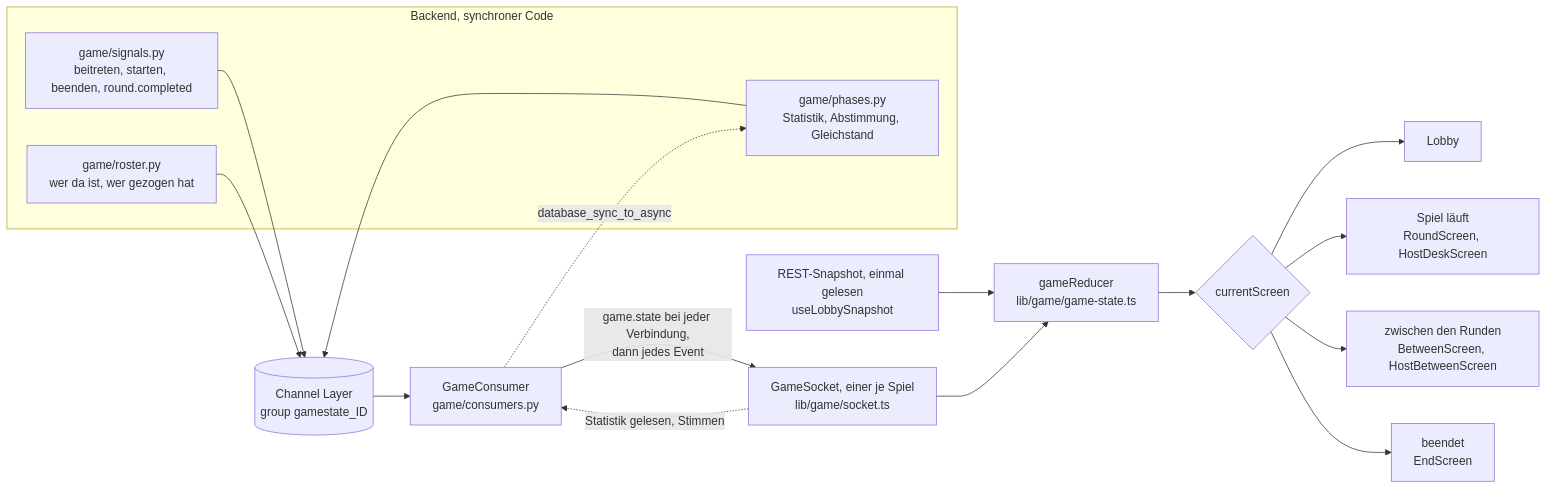
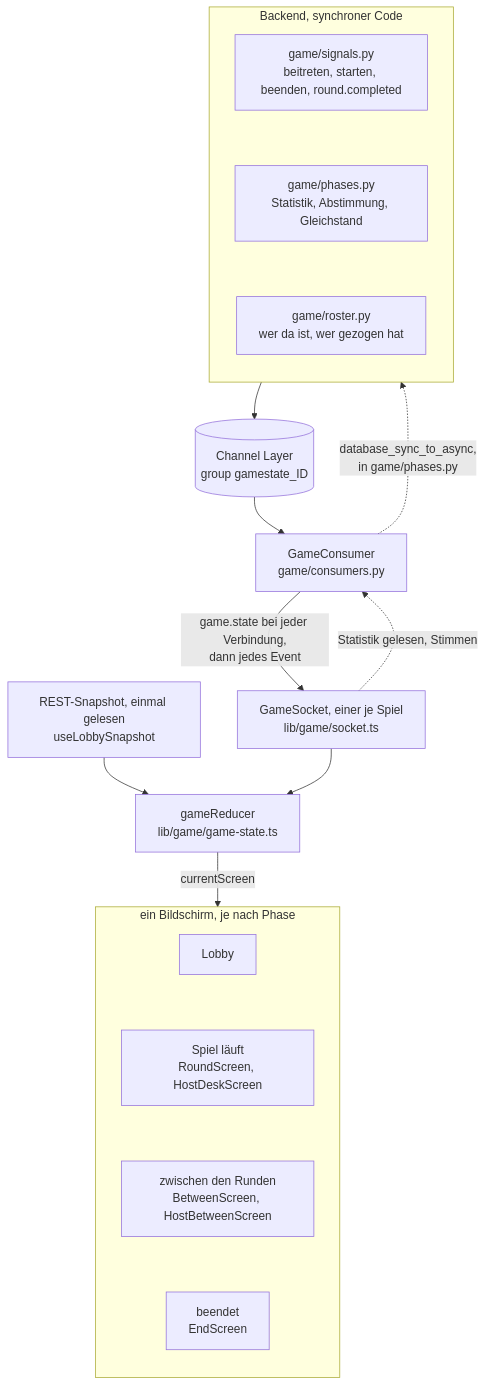
One commit to luke-hirsch/co2mmute changed diagram 11 of 12 in docs/de-flowcharts.md. Above: the diagram before and after it, drawn with Mermaid. The commit also changed other lines of this file and 16 other files, not shown here.

````diff
--- a/docs/de-flowcharts.md
+++ b/docs/de-flowcharts.md
@@ -406,22 +397,26 @@
 ```mermaid
-flowchart LR
+flowchart TD
     subgraph server["Backend, synchroner Code"]
+        direction TB
         sig["game/signals.py<br>beitreten, starten, beenden, round.completed"]
         ph["game/phases.py<br>Statistik, Abstimmung, Gleichstand"]
         ro["game/roster.py<br>wer da ist, wer gezogen hat"]
+        sig ~~~ ph ~~~ ro
     end
-    sig --> layer
-    ph --> layer
-    ro --> layer
+    server --> layer
     layer[("Channel Layer<br>group gamestate_ID")] --> cons["GameConsumer<br>game/consumers.py"]
     cons -->|"game.state bei jeder Verbindung,<br>dann jedes Event"| sock["GameSocket, einer je Spiel<br>lib/game/socket.ts"]
     snapshot["REST-Snapshot, einmal gelesen<br>useLobbySnapshot"] --> reducer
     sock --> reducer["gameReducer<br>lib/game/game-state.ts"]
-    reducer --> screen{"currentScreen"}
-    screen --> lobby["Lobby"]
-    screen --> playing["Spiel läuft<br>RoundScreen, HostDeskScreen"]
-    screen --> between["zwischen den Runden<br>BetweenScreen, HostBetweenScreen"]
-    screen --> ended["beendet<br>EndScreen"]
+    reducer -->|"currentScreen"| screens
+    subgraph screens["ein Bildschirm, je nach Phase"]
+        direction TB
+        lobby["Lobby"]
+        playing["Spiel läuft<br>RoundScreen, HostDeskScreen"]
+        between["zwischen den Runden<br>BetweenScreen, HostBetweenScreen"]
+        ended["beendet<br>EndScreen"]
+        lobby ~~~ playing ~~~ between ~~~ ended
+    end
     sock -.->|"Statistik gelesen, Stimmen"| cons
-    cons -.->|"database_sync_to_async"| ph
+    cons -.->|"database_sync_to_async,<br>in game/phases.py"| server
 ```
````
